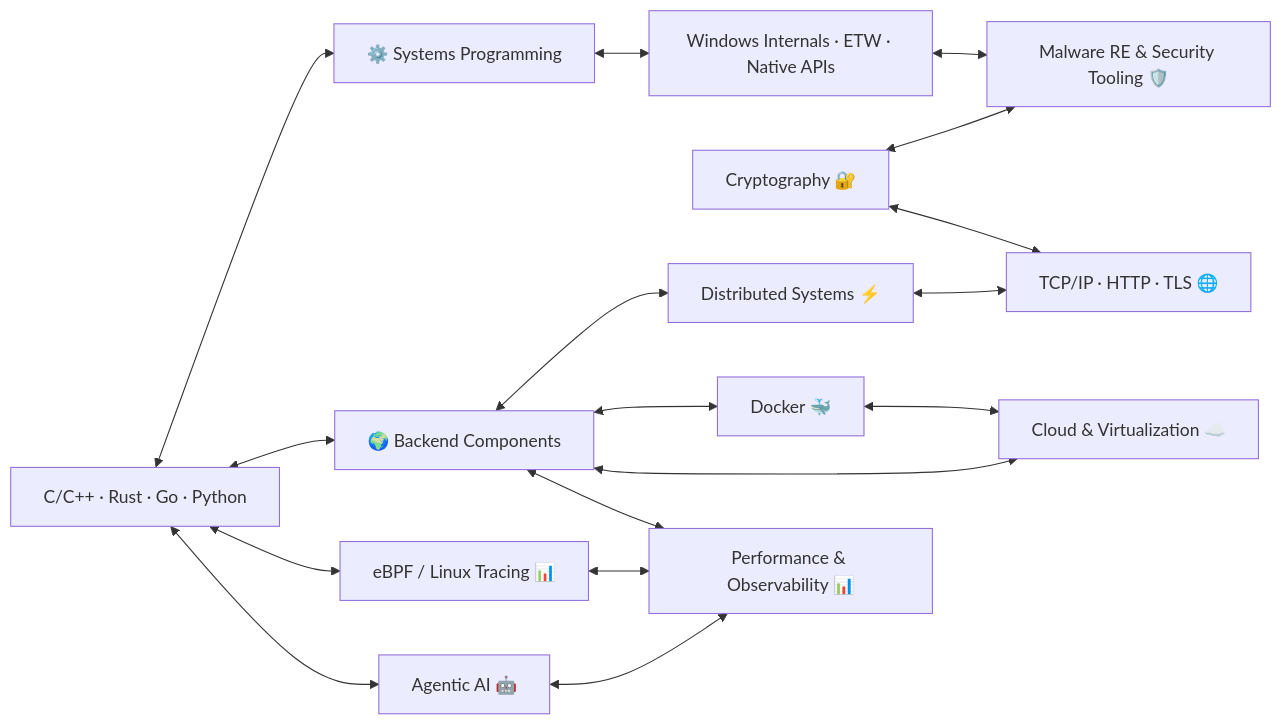
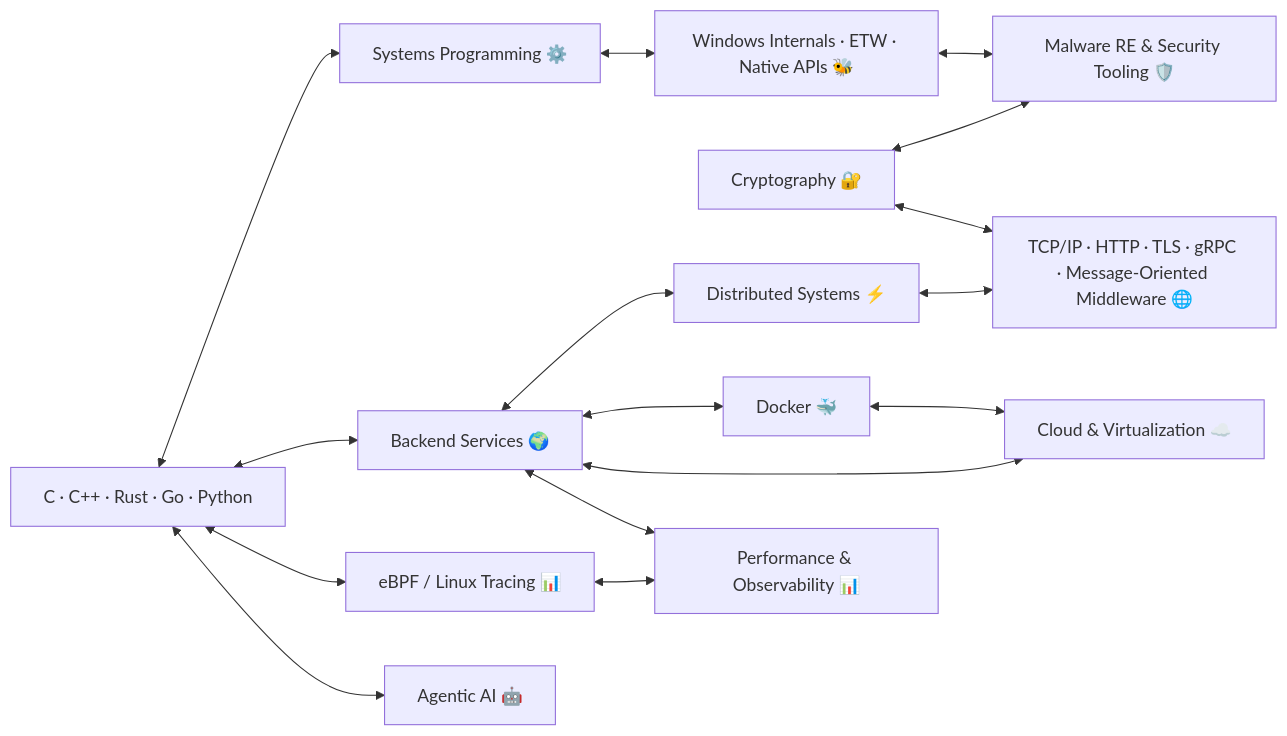
Before and after one commit to Ivagnesmanuel/ivagnesmanuel: the diagram in README.md, drawn with Mermaid. The commit also changed other lines of this file, not shown here.

````diff
--- a/README.md
+++ b/README.md
@@ -87,21 +44,21 @@
 ```mermaid
 graph LR
-  LANGS[C/C++ · Rust · Go · Python] <--> SP[⚙️ Systems Programming]
-  SP <--> WINDOWS[Windows Internals · ETW · Native APIs]
+  LANGS[C · C++ · Rust · Go · Python] <--> SP[Systems Programming ⚙️]
+  SP <--> WINDOWS[Windows Internals · ETW · Native APIs 🐝]
   WINDOWS <--> MALWARE[Malware RE & Security Tooling 🛡️]
   CRYPTO <--> MALWARE
 
-  LANGS <--> BACKEND[🌍 Backend Components]
+  LANGS <--> BACKEND[Backend Services 🌍]
   BACKEND <--> MICROSERVICES[Distributed Systems ⚡]
   BACKEND <--> DOCKER[Docker 🐳]
   BACKEND <--> CLOUD[Cloud & Virtualization ☁️]
   DOCKER <--> CLOUD
-  MICROSERVICES <--> NETWORK[TCP/IP · HTTP · TLS 🌐]
+  MICROSERVICES <--> NETWORK[TCP/IP · HTTP · TLS · gRPC · Message-Oriented Middleware 🌐]
   CRYPTO[Cryptography 🔐] <--> NETWORK
 
   BACKEND <--> OBSERVE[Performance & Observability 📊]
   LANGS <--> EBPF
   EBPF[eBPF / Linux Tracing 📊] <--> OBSERVE
   LANGS <--> AGENTS
-  AGENTS[Agentic AI 🤖] <--> OBSERVE
+  AGENTS[Agentic AI 🤖]
 ```
````
